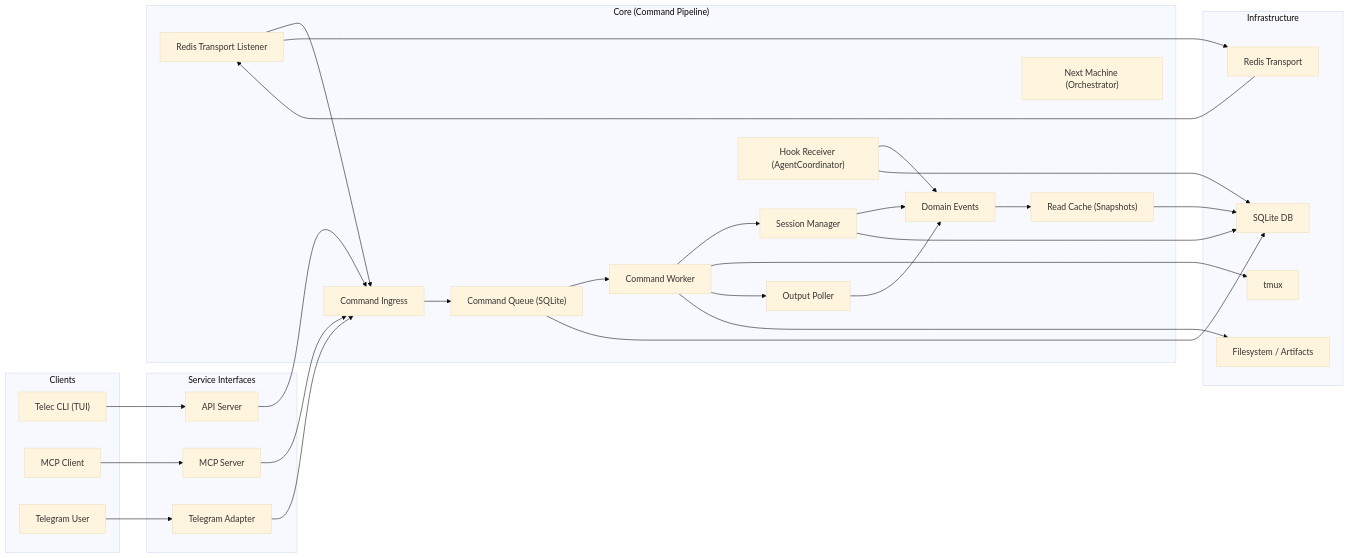
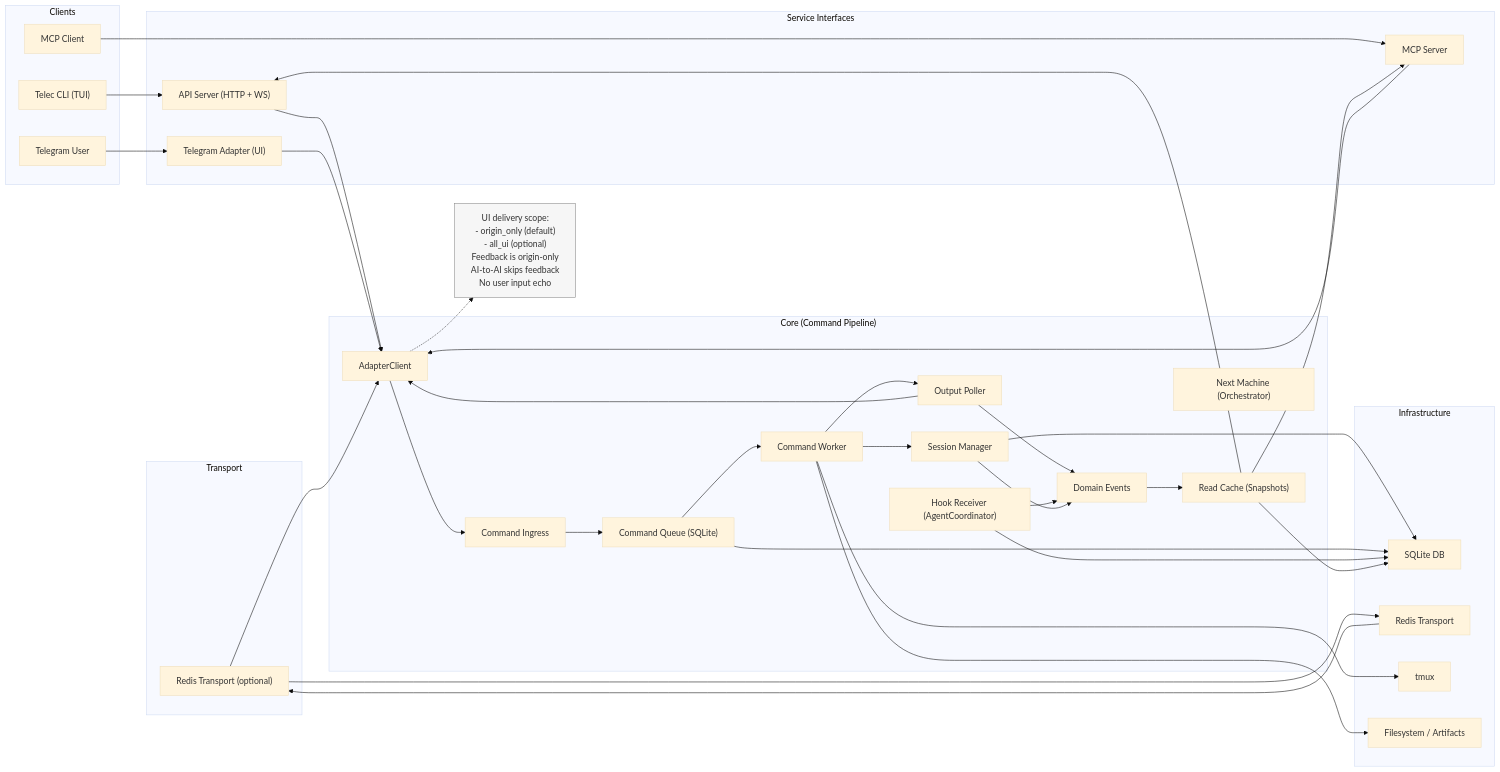
Before and after one commit to InstruktAI/TeleClaude: the diagram in docs/architecture.md, drawn with Mermaid (base theme). The commit also changed 1 other file, not shown here.

Commit message:
docs: update architecture and cache diagrams

````diff
--- a/docs/architecture.md
+++ b/docs/architecture.md
@@ -5,64 +5,79 @@
 ```mermaid
 flowchart LR
     subgraph Clients
         TelecCLI["Telec CLI (TUI)"]
         MCPClient["MCP Client"]
         TGUser["Telegram User"]
     end
 
     subgraph ServiceInterfaces["Service Interfaces"]
-        APIServer["API Server"]
+        APIServer["API Server (HTTP + WS)"]
         MCPServer["MCP Server"]
-        TGAdapter["Telegram Adapter"]
+        TGAdapter["Telegram Adapter (UI)"]
+    end
+
+    subgraph Transport
+        RedisTransport["Redis Transport (optional)"]
     end
 
     subgraph Core["Core (Command Pipeline)"]
+        AdapterClient["AdapterClient"]
         Ingress["Command Ingress"]
         Queue["Command Queue (SQLite)"]
         Worker["Command Worker"]
         Sessions["Session Manager"]
         Poller["Output Poller"]
         Hooks["Hook Receiver (AgentCoordinator)"]
         Events["Domain Events"]
         Cache["Read Cache (Snapshots)"]
-        RedisIngress["Redis Transport Listener"]
         NextMachine["Next Machine (Orchestrator)"]
     end
 
     subgraph Infrastructure
         SQLite["SQLite DB"]
         Redis["Redis Transport"]
         TMUX["tmux"]
         FS["Filesystem / Artifacts"]
     end
 
     TelecCLI --> APIServer
     MCPClient --> MCPServer
     TGUser --> TGAdapter
 
-    APIServer --> Ingress
-    MCPServer --> Ingress
-    TGAdapter --> Ingress
-    RedisIngress --> Ingress
+    APIServer --> AdapterClient
+    MCPServer --> AdapterClient
+    TGAdapter --> AdapterClient
+    RedisTransport --> AdapterClient
+
+    AdapterClient --> Ingress
 
     Ingress --> Queue
     Queue --> Worker
 
     Worker --> Sessions
     Worker --> TMUX
     Worker --> Poller
     Worker --> FS
+    Poller --> AdapterClient
 
     Poller --> Events
     Hooks --> Events
     Sessions --> Events
     Events --> Cache
 
+    Cache --> APIServer
+    Cache --> MCPServer
+
     Sessions --> SQLite
     Queue --> SQLite
     Hooks --> SQLite
     Cache --> SQLite
 
-    RedisIngress --> Redis
-    Redis --> RedisIngress
+    RedisTransport --> Redis
+    Redis --> RedisTransport
+
+    Note["UI delivery scope:\n- origin_only (default)\n- all_ui (optional)\nFeedback is origin-only\nAI-to-AI skips feedback\nNo user input echo"]:::note
+    AdapterClient -.-> Note
+
+    classDef note fill:#f6f6f6,stroke:#888,color:#333,stroke-width:1px;
 ```
````
